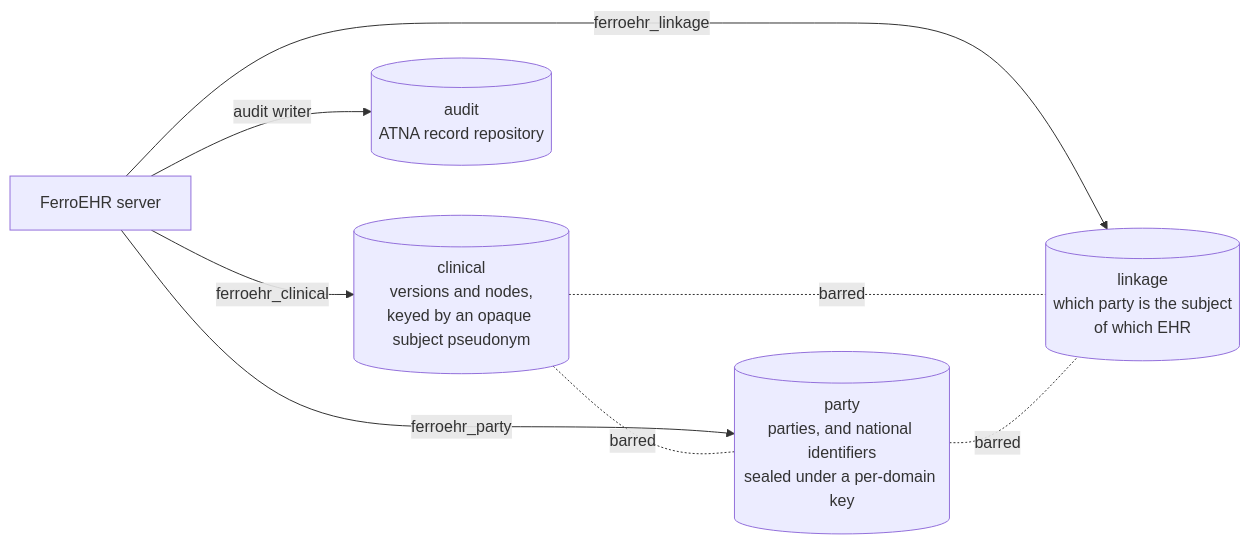
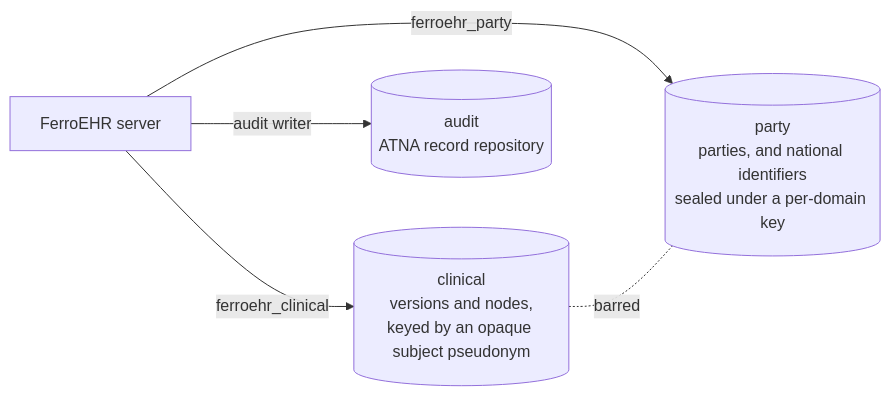
The diagram in website/book/src/security.md (FerroHEALTH/FerroEHR), drawn with Mermaid before and after one commit. The commit also changed other lines of this file and 88 other files, not shown here.

First line of the commit message:
refactor(ferroehr): remove the empty linkage storage domain (#4690)

````diff
--- a/website/book/src/security.md
+++ b/website/book/src/security.md
@@ -902,11 +902,8 @@
 ```mermaid
 flowchart LR
     server["FerroEHR server"]
     server -->|ferroehr_clinical| ehr[("clinical<br/>versions and nodes,<br/>keyed by an opaque subject pseudonym")]
     server -->|ferroehr_party| demo[("party<br/>parties, and national identifiers<br/>sealed under a per-domain key")]
-    server -->|ferroehr_linkage| link[("linkage<br/>which party is the subject<br/>of which EHR")]
     server -->|audit writer| audit[("audit<br/>ATNA record repository")]
     ehr -. barred .- demo
-    ehr -. barred .- link
-    demo -. barred .- link
 ```
````
